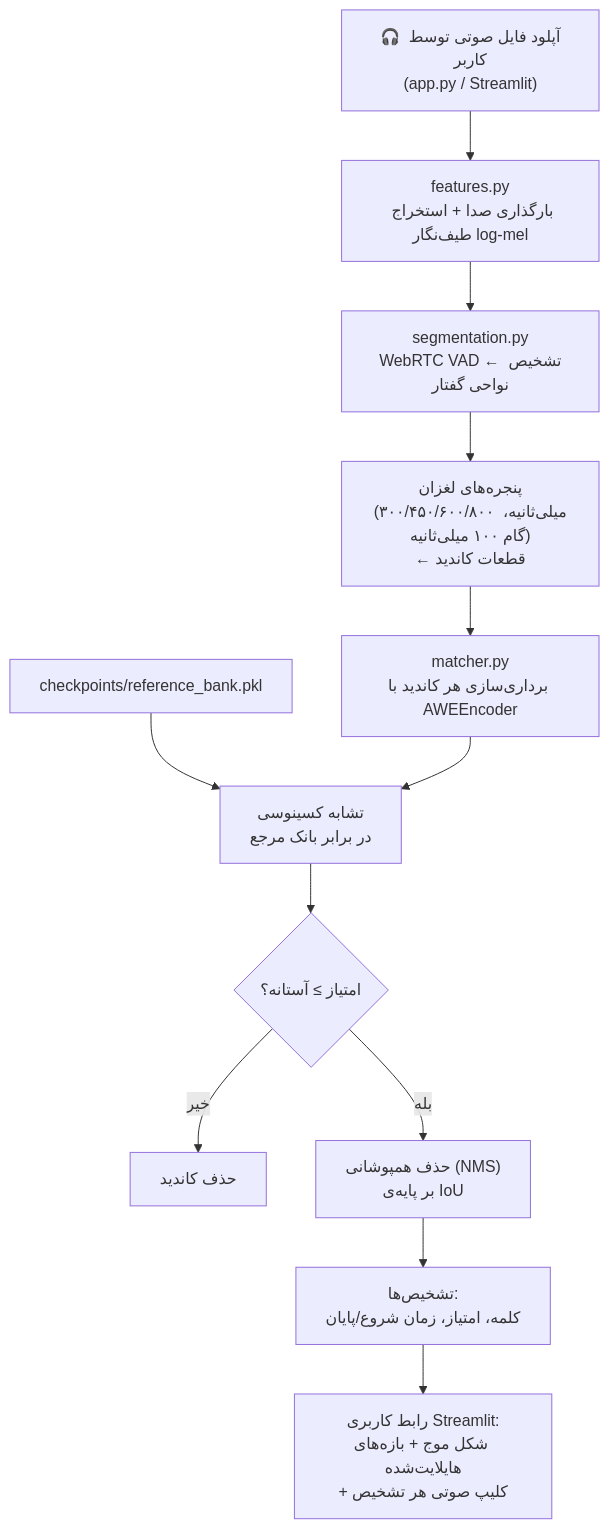
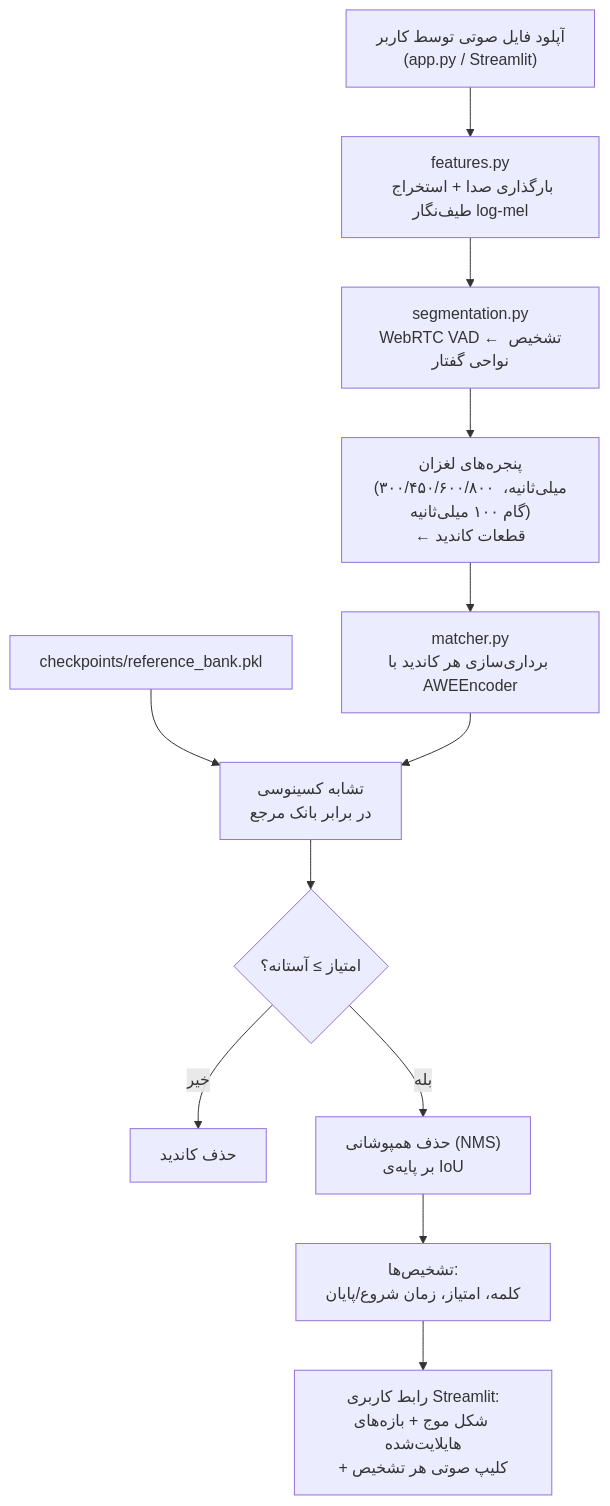
The fourth of 4 diagrams in README.md (sjdasadi/nsfw-audio-keyword-spotter), drawn with Mermaid before and after one commit. The commit also changed other lines of this file, not shown here.

````diff
--- a/README.md
+++ b/README.md
@@ -271,14 +271,14 @@
 ```mermaid
 flowchart TD
-    U["🎧 آپلود فایل صوتی توسط کاربر<br/>(app.py / Streamlit)"] --> L["features.py<br/>بارگذاری صدا + استخراج طیف‌نگار log-mel"]
+    U[" آپلود فایل صوتی توسط کاربر<br/>(app.py / Streamlit)"] --> L["features.py<br/>بارگذاری صدا + استخراج طیف‌نگار log-mel"]
     L --> V["segmentation.py<br/>WebRTC VAD ← تشخیص نواحی گفتار"]
     V --> W["پنجره‌های لغزان<br/>(۳۰۰/۴۵۰/۶۰۰/۸۰۰ میلی‌ثانیه، گام ۱۰۰ میلی‌ثانیه)<br/>← قطعات کاندید"]
     W --> EMB["matcher.py<br/>برداری‌سازی هر کاندید با AWEEncoder"]
     BANK["checkpoints/reference_bank.pkl"] --> SIM
     EMB --> SIM["تشابه کسینوسی<br/>در برابر بانک مرجع"]
     SIM --> TH{"امتیاز ≥ آستانه؟"}
     TH -- خیر --> DROP["حذف کاندید"]
     TH -- بله --> NMS["حذف همپوشانی (NMS)<br/>بر پایه‌ی IoU"]
     NMS --> OUT["تشخیص‌ها:<br/>کلمه، امتیاز، زمان شروع/پایان"]
     OUT --> UI["رابط کاربری Streamlit:<br/>شکل موج + بازه‌های هایلایت‌شده<br/>+ کلیپ صوتی هر تشخیص"]
 ```
````
